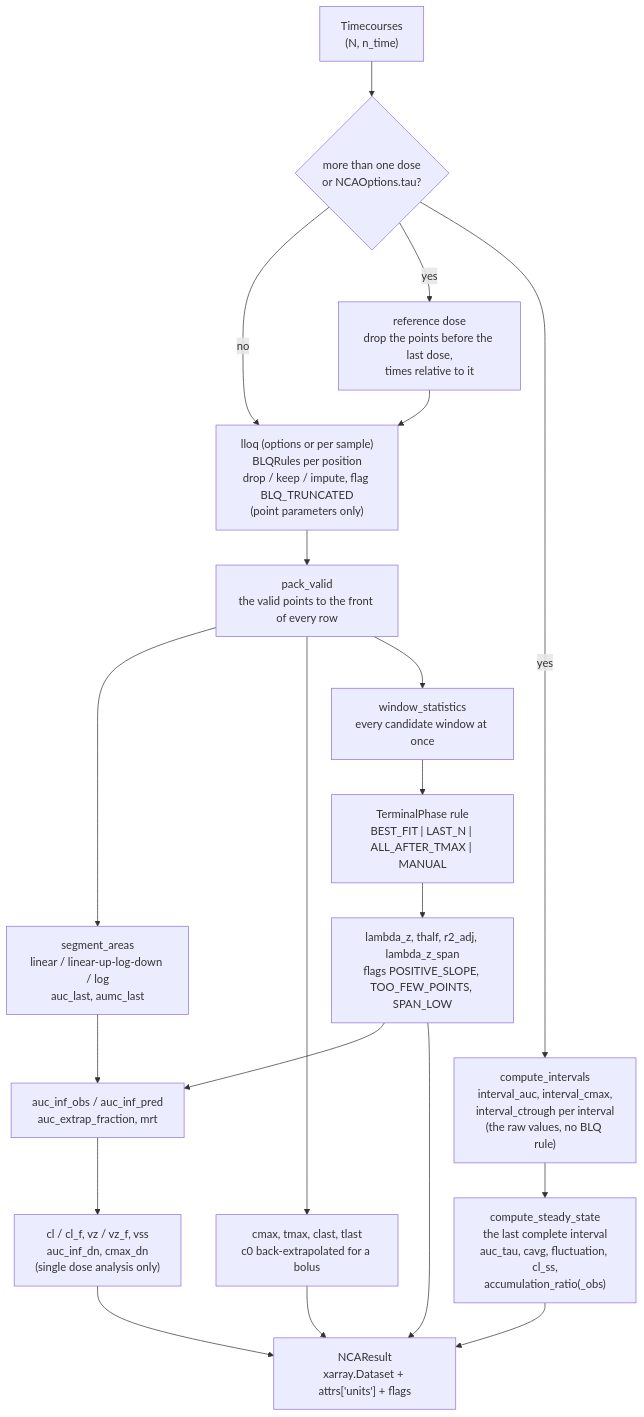
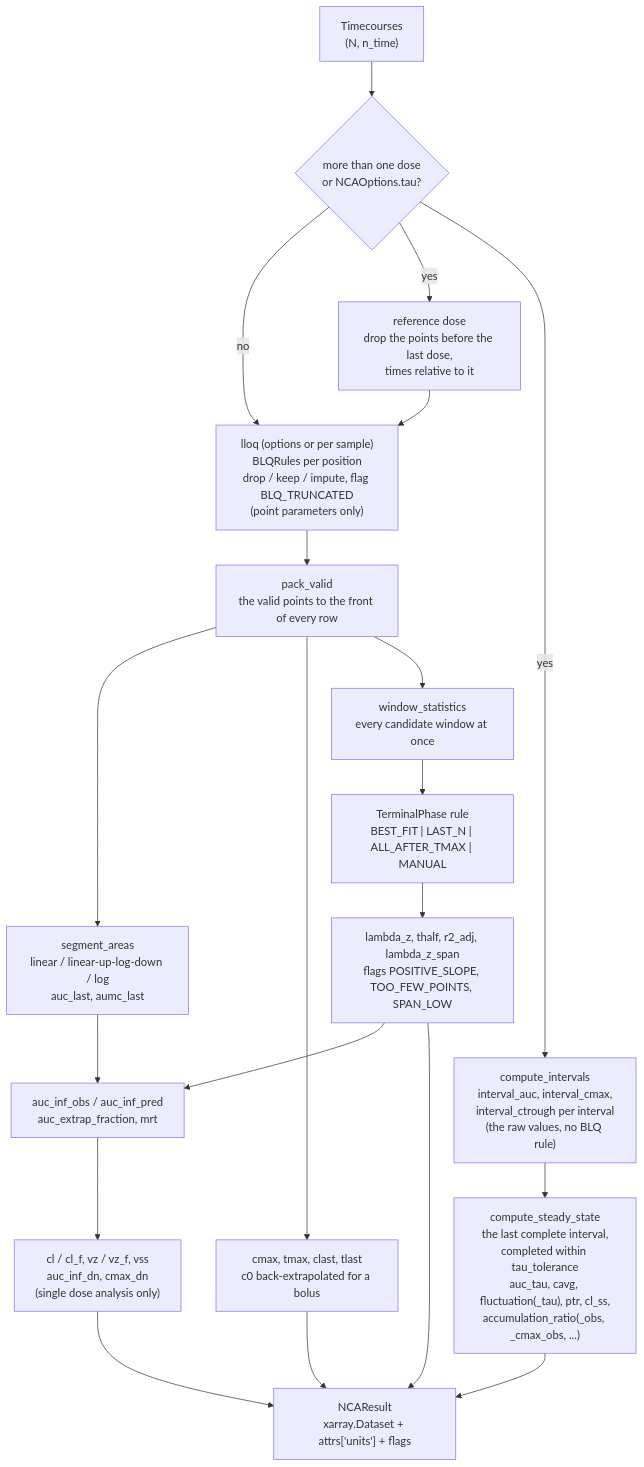
Before and after one commit to matthiaskoenig/pkpdutils: the diagram in docs/nca.md, drawn with Mermaid. The commit also changed other lines of this file and 28 other files, not shown here.

````diff
--- a/docs/nca.md
+++ b/docs/nca.md
@@ -31,22 +31,22 @@
 ```mermaid
 flowchart TD
   IN["Timecourses<br/>(N, n_time)"] --> MD{"more than one dose<br/>or NCAOptions.tau?"}
   MD -->|no| BLQ
   MD -->|yes| REF["reference dose<br/>drop the points before the last dose,<br/>times relative to it"]
   REF --> BLQ["lloq (options or per sample)<br/>BLQRules per position<br/>drop / keep / impute, flag BLQ_TRUNCATED<br/>(point parameters only)"]
   BLQ --> PACK["pack_valid<br/>the valid points to the front of every row"]
   PACK --> AUC["segment_areas<br/>linear / linear-up-log-down / log<br/>auc_last, aumc_last"]
   PACK --> PEAK["cmax, tmax, clast, tlast<br/>c0 back-extrapolated for a bolus"]
   PACK --> TERM["window_statistics<br/>every candidate window at once"]
   TERM --> PICK["TerminalPhase rule<br/>BEST_FIT | LAST_N | ALL_AFTER_TMAX | MANUAL"]
   PICK --> LZ["lambda_z, thalf, r2_adj, lambda_z_span<br/>flags POSITIVE_SLOPE, TOO_FEW_POINTS, SPAN_LOW"]
   AUC --> EXTRAP["auc_inf_obs / auc_inf_pred<br/>auc_extrap_fraction, mrt"]
   LZ --> EXTRAP
   EXTRAP --> DOSEP["cl / cl_f, vz / vz_f, vss<br/>auc_inf_dn, cmax_dn<br/>(single dose analysis only)"]
   MD -->|yes| IV["compute_intervals<br/>interval_auc, interval_cmax,<br/>interval_ctrough per interval<br/>(the raw values, no BLQ rule)"]
-  IV --> SS["compute_steady_state<br/>the last complete interval<br/>auc_tau, cavg, fluctuation, cl_ss,<br/>accumulation_ratio(_obs)"]
+  IV --> SS["compute_steady_state<br/>the last complete interval,<br/>completed within tau_tolerance<br/>auc_tau, cavg, fluctuation(_tau), ptr, cl_ss,<br/>accumulation_ratio(_obs, _cmax_obs, ...)"]
   DOSEP --> OUT["NCAResult<br/>xarray.Dataset + attrs['units'] + flags"]
   PEAK --> OUT
   SS --> OUT
   LZ --> OUT
 ```
````
